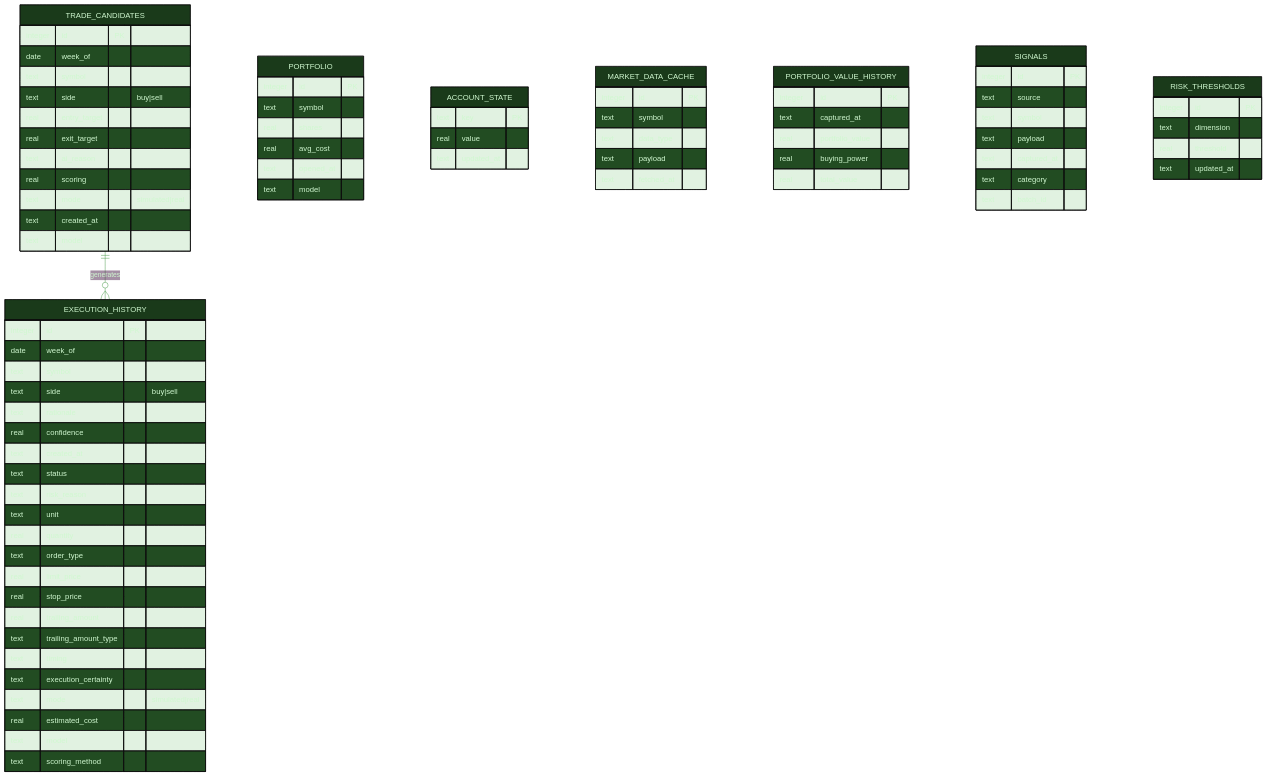
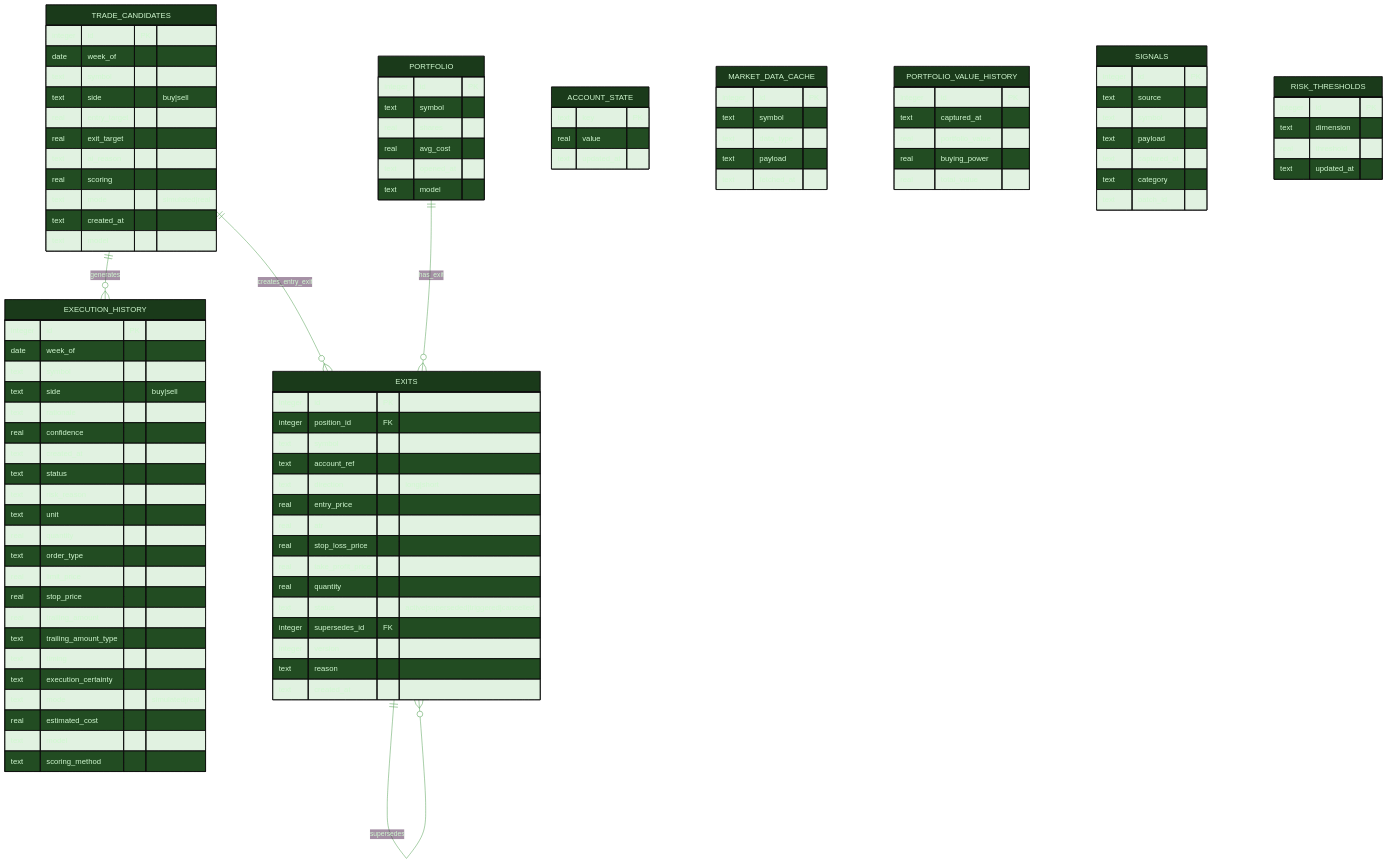
One commit to tylerdrakemusic/-Workspace changed the diagram in diagrams/capital-db-schema.mmd. Above: the diagram before and after it, drawn with Mermaid. The commit also changed 1 other file, not shown here.

Commit message:
docs(diagrams): update capital-db-schema and capital-architecture for FR-20260704-sigmacapital-exit-strategy

```diff
--- a/diagrams/capital-db-schema.mmd
+++ b/diagrams/capital-db-schema.mmd
@@ -1,90 +1,113 @@
 %%{init: {'theme': 'base', 'themeVariables': {'primaryColor': '#1a3a1a', 'primaryTextColor': '#d0f8d0', 'edgeLabelBackground': '#0f1318', 'lineColor': '#4a9a4a'}}}%%
 erDiagram
     TRADE_CANDIDATES ||--o{ EXECUTION_HISTORY : generates
+    TRADE_CANDIDATES ||--o{ EXITS : creates_entry_exit
+    PORTFOLIO ||--o{ EXITS : has_exit
+    EXITS ||--o{ EXITS : supersedes
 
     PORTFOLIO {
         integer id PK
         text symbol
         real shares
         real avg_cost
         text opened_at
         text model
     }
     ACCOUNT_STATE {
         text key PK
         real value
         text updated_at
     }
     EXECUTION_HISTORY {
         integer id PK
         date week_of
         text symbol
         text side "buy|sell"
         text rationale
         real confidence
         text created_at
         text status
         text risk_reason
         text unit
         real quantity
         text order_type
         real limit_price
         real stop_price
         real trailing_amount
         text trailing_amount_type
         text timing
         text execution_certainty
         text mode "simulated|real"
         real estimated_cost
         text model
         text scoring_method
     }
     MARKET_DATA_CACHE {
         integer id PK
         text symbol
         text data_type
         text payload
         text fetched_at
     }
     PORTFOLIO_VALUE_HISTORY {
         integer id PK
         text captured_at
         real portfolio_value
         real buying_power
         real total_value
     }
     SIGNALS {
         integer id PK
         text source
         text symbol
         text payload
         text captured_at
         text category
         text batch_id
     }
     RISK_THRESHOLDS {
         integer id PK
         text dimension
         real threshold
         text updated_at
     }
     TRADE_CANDIDATES {
         integer id PK
         date week_of
         text symbol
         text side "buy|sell"
         real entry_target
         real exit_target
         text ai_reason
         real scoring
         text mode "simulated|real"
         text created_at
         text model
     }
+    EXITS {
+        integer id PK
+        integer position_id FK
+        text symbol
+        text account_ref
+        text direction "long|short"
+        real entry_price
+        real atr
+        real stop_loss_price
+        real take_profit_price
+        real quantity
+        text status "active|superseded|triggered|cancelled"
+        integer supersedes_id FK
+        integer version
+        text reason
+        text created_at
+    }
 
+    %% EXITS (FR-20260704): per-position exit strategy rows — ATR-based stop/target,
+    %% short-mirror direction support, supersede chain for re-evaluated thresholds,
+    %% max-hold forced exit and partial/tranche closes tracked via version+status
     %% sigmacapital.db — SQLCipher, key=SIGMACAPITAL_DB_KEY
     %% CHECK constraints enforce side ∈ {buy,sell} and mode ∈ {sim,real}
     %% mode='real' reserved for future FR after broker-API compliance review
     %% model column (FR-20260627): per-pick LLM provenance — legacy portfolio/execution rows backfilled to 'raptor', legacy candidates left NULL
     %% mode='real' authorized (charter amended, broker-API compliance review complete)
     %% for the single dedicated low-risk account; M2 order placement gated on funding
```
